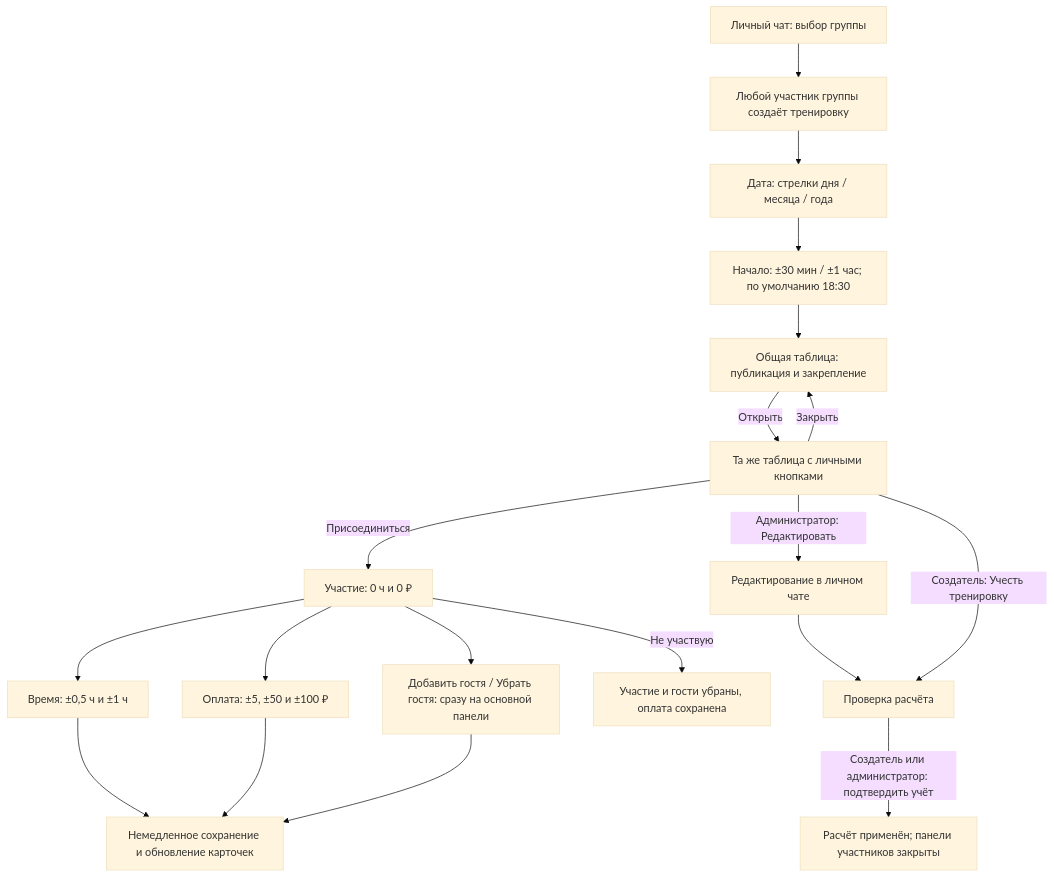
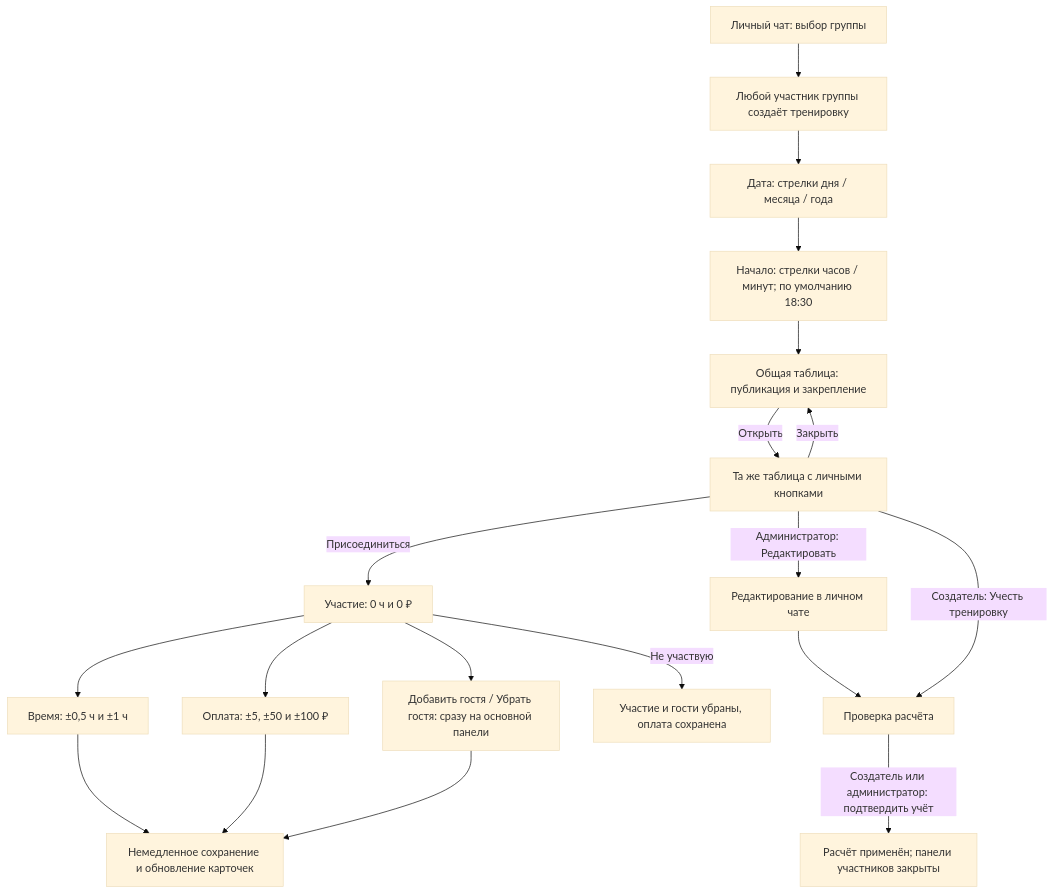
One commit to Romamor/tennis-split-bot changed the first of 3 diagrams in docs/UI_FLOW_REVIEW.md. Above: the diagram before and after it, drawn with Mermaid (base theme). The commit also changed other lines of this file and 11 other files, not shown here.

Commit message:
Use hour and minute arrows for training start time

````diff
--- a/docs/UI_FLOW_REVIEW.md
+++ b/docs/UI_FLOW_REVIEW.md
@@ -13,21 +13,21 @@
 ```mermaid
 flowchart TD
     Menu[Личный чат: выбор группы] --> Create[Любой участник группы создаёт тренировку]
     Create --> DatePicker[Дата: стрелки дня / месяца / года]
-    DatePicker --> StartTime[Начало: ±30 мин / ±1 час; по умолчанию 18:30]
+    DatePicker --> StartTime[Начало: стрелки часов / минут; по умолчанию 18:30]
     StartTime --> Public[Общая таблица: публикация и закрепление]
     Public -->|Открыть| Personal[Та же таблица с личными кнопками]
     Personal -->|Присоединиться| Joined[Участие: 0 ч и 0 ₽]
     Joined --> Time[Время: ±0,5 ч и ±1 ч]
     Joined --> Payment[Оплата: ±5, ±50 и ±100 ₽]
     Joined --> Guests[Добавить гостя / Убрать гостя: сразу на основной панели]
     Time --> Save[Немедленное сохранение и обновление карточек]
     Payment --> Save
     Guests --> Save
     Joined -->|Не участвую| Leave[Участие и гости убраны, оплата сохранена]
     Personal -->|Закрыть| Public
     Personal -->|Администратор: Редактировать| Editor[Редактирование в личном чате]
     Editor --> Preview[Проверка расчёта]
     Personal -->|Создатель: Учесть тренировку| Preview
     Preview -->|Создатель или администратор: подтвердить учёт| Accounted[Расчёт применён; панели участников закрыты]
 ```
````
